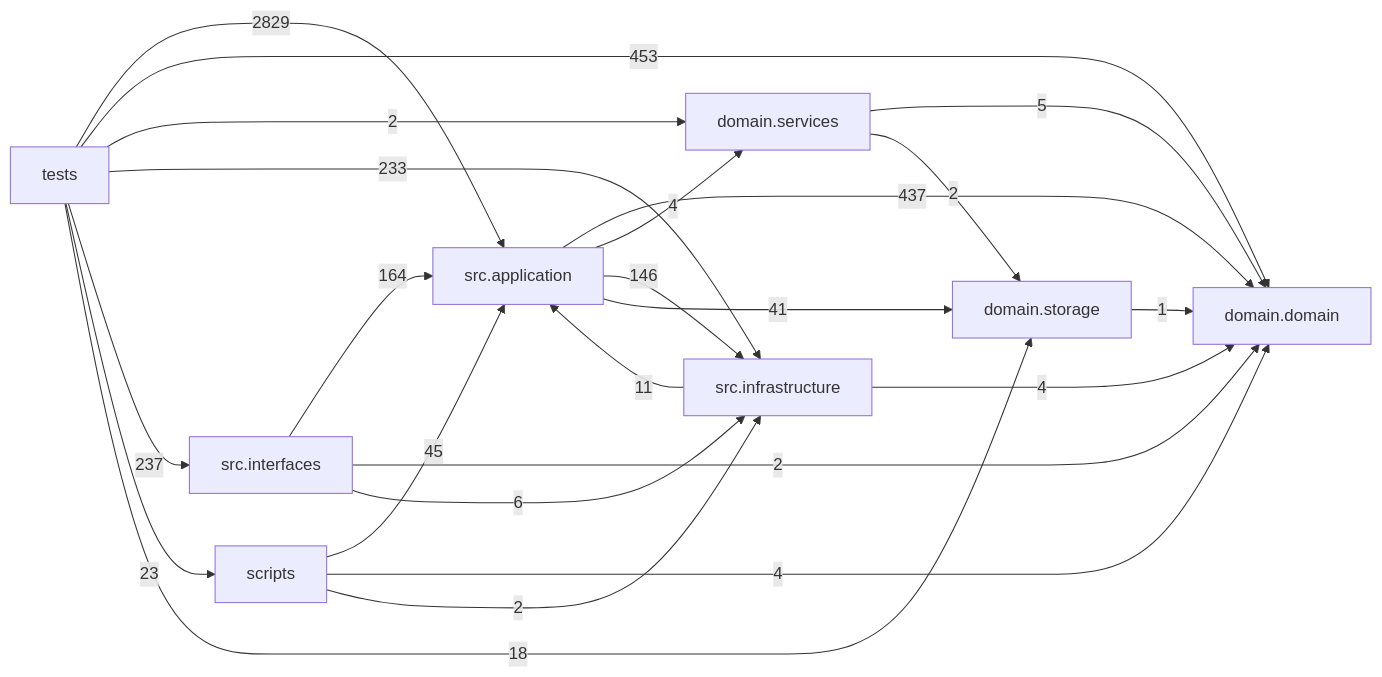
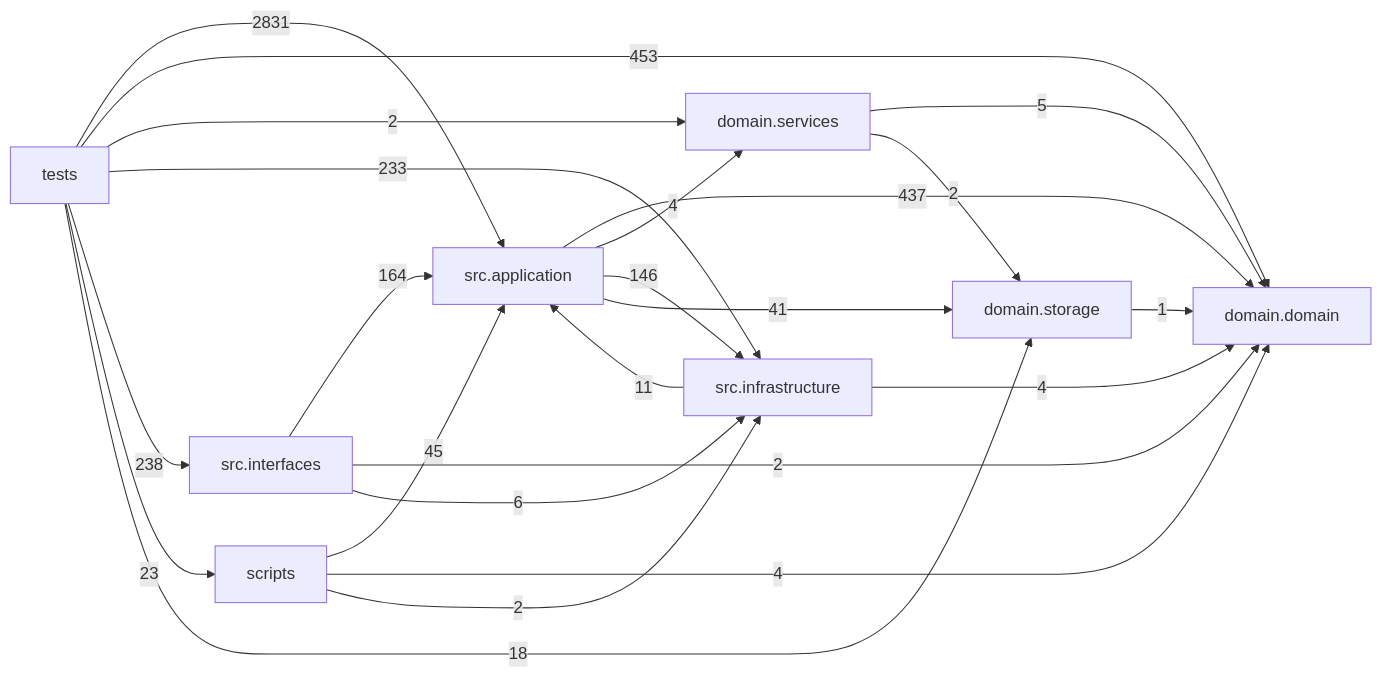
Before and after one commit to liuxie066/options-monitor: the diagram in docs/DEPENDENCY_GRAPH.md, drawn with Mermaid. The commit also changed other lines of this file, not shown here.

Commit message:
docs(architecture): refresh dependency graph

````diff
--- a/docs/DEPENDENCY_GRAPH.md
+++ b/docs/DEPENDENCY_GRAPH.md
@@ -24,33 +24,33 @@
 ```mermaid
 flowchart LR
   tests["tests"]
   scripts["scripts"]
   interfaces["src.interfaces"]
   application["src.application"]
   infrastructure["src.infrastructure"]
   domain_services["domain.services"]
   domain["domain.domain"]
   storage["domain.storage"]
   application -->|437| domain
   application -->|4| domain_services
   application -->|146| infrastructure
   application -->|41| storage
   domain_services -->|5| domain
   domain_services -->|2| storage
   infrastructure -->|11| application
   infrastructure -->|4| domain
   interfaces -->|164| application
   interfaces -->|2| domain
   interfaces -->|6| infrastructure
   scripts -->|45| application
   scripts -->|4| domain
   scripts -->|2| infrastructure
   storage -->|1| domain
-  tests -->|2829| application
+  tests -->|2831| application
   tests -->|453| domain
   tests -->|2| domain_services
   tests -->|233| infrastructure
-  tests -->|237| interfaces
+  tests -->|238| interfaces
   tests -->|23| scripts
   tests -->|18| storage
 ```
````
